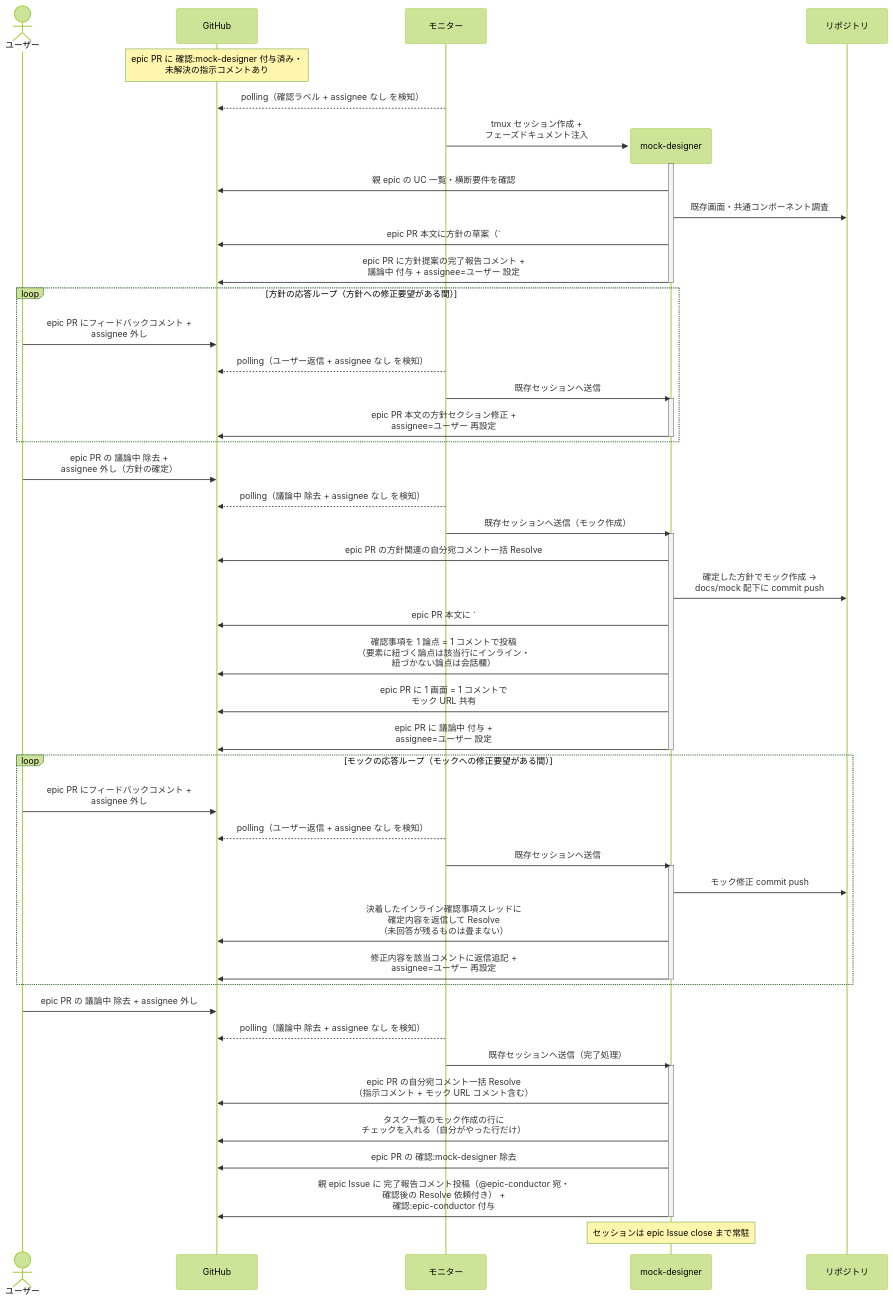
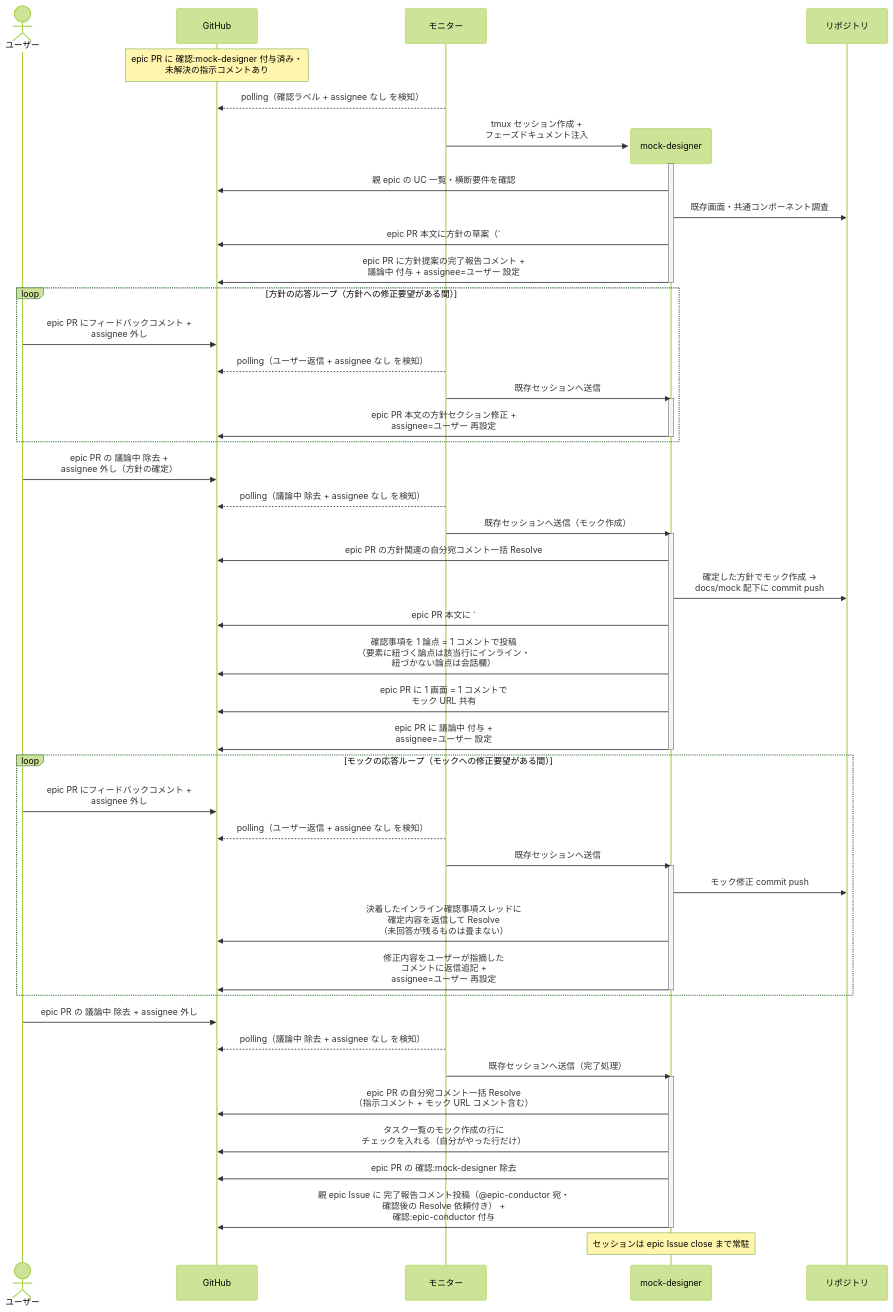
The first of 2 diagrams in docs/wiki/設計図/シナリオ/単一ユースケース/全体UI設計.md (shuhei1101/ai-monitor), drawn with Mermaid (forest theme) before and after one commit. The commit also changed other lines of this file and 7 other files, not shown here.

````diff
--- a/docs/wiki/設計図/シナリオ/単一ユースケース/全体UI設計.md
+++ b/docs/wiki/設計図/シナリオ/単一ユースケース/全体UI設計.md
@@ -28,61 +28,61 @@
 ```mermaid
 sequenceDiagram
   actor U as ユーザー
   participant GH as GitHub
   participant ORC as モニター
 
   Note over GH: epic PR に 確認:mock-designer 付与済み・<br>未解決の指示コメントあり
   ORC-->>GH: polling（確認ラベル + assignee なし を検知）
   create participant MON as mock-designer
   ORC->>MON: tmux セッション作成 +<br>フェーズドキュメント注入
   participant REPO as リポジトリ
   activate MON
   MON->>GH: 親 epic の UC 一覧・横断要件を確認
   MON->>REPO: 既存画面・共通コンポーネント調査
   MON->>GH: epic PR 本文に方針の草案（`### 画面一覧` +<br>`### 画面遷移`）を追記
   MON->>GH: epic PR に方針提案の完了報告コメント +<br>議論中 付与 + assignee=ユーザー 設定
   deactivate MON
 
   loop 方針の応答ループ（方針への修正要望がある間）
     U->>GH: epic PR にフィードバックコメント +<br>assignee 外し
     ORC-->>GH: polling（ユーザー返信 + assignee なし を検知）
     ORC->>MON: 既存セッションへ送信
     activate MON
     MON->>GH: epic PR 本文の方針セクション修正 +<br>assignee=ユーザー 再設定
     deactivate MON
   end
 
   U->>GH: epic PR の 議論中 除去 +<br>assignee 外し（方針の確定）
   ORC-->>GH: polling（議論中 除去 + assignee なし を検知）
   ORC->>MON: 既存セッションへ送信（モック作成）
   activate MON
   MON->>GH: epic PR の方針関連の自分宛コメント一括 Resolve
   MON->>REPO: 確定した方針でモック作成 →<br>docs/mock 配下に commit push
   MON->>GH: epic PR 本文に `### モック`（画面ごとの URL 一覧）を追記
   MON->>GH: 確認事項を 1 論点 = 1 コメントで投稿<br>（要素に紐づく論点は該当行にインライン・<br>紐づかない論点は会話欄）
   MON->>GH: epic PR に 1 画面 = 1 コメントで<br>モック URL 共有
   MON->>GH: epic PR に 議論中 付与 +<br>assignee=ユーザー 設定
   deactivate MON
 
   loop モックの応答ループ（モックへの修正要望がある間）
     U->>GH: epic PR にフィードバックコメント +<br>assignee 外し
     ORC-->>GH: polling（ユーザー返信 + assignee なし を検知）
     ORC->>MON: 既存セッションへ送信
     activate MON
     MON->>REPO: モック修正 commit push
     MON->>GH: 決着したインライン確認事項スレッドに<br>確定内容を返信して Resolve<br>（未回答が残るものは畳まない）
-    MON->>GH: 修正内容を該当コメントに返信追記 +<br>assignee=ユーザー 再設定
+    MON->>GH: 修正内容をユーザーが指摘した<br>コメントに返信追記 +<br>assignee=ユーザー 再設定
     deactivate MON
   end
 
   U->>GH: epic PR の 議論中 除去 + assignee 外し
   ORC-->>GH: polling（議論中 除去 + assignee なし を検知）
   ORC->>MON: 既存セッションへ送信（完了処理）
   activate MON
   MON->>GH: epic PR の自分宛コメント一括 Resolve<br>（指示コメント + モック URL コメント含む）
   MON->>GH: タスク一覧のモック作成の行に<br>チェックを入れる（自分がやった行だけ）
   MON->>GH: epic PR の 確認:mock-designer 除去
   MON->>GH: 親 epic Issue に 完了報告コメント投稿（@epic-conductor 宛・<br>確認後の Resolve 依頼付き） +<br>確認:epic-conductor 付与
   deactivate MON
   Note over MON: セッションは epic Issue close まで常駐
 ```
````
